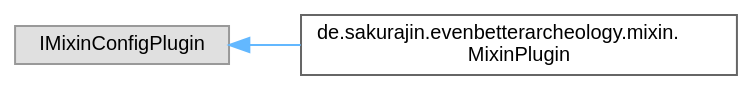
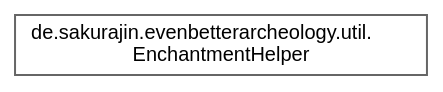
Before and after one commit to noah1510/EvenBetterArcheology: the diagram in inherit_graph_29.dot, drawn with Graphviz. The commit also changed 197 other files, not shown here.

```diff
--- a/inherit_graph_29.dot
+++ b/inherit_graph_29.dot
@@ -1,11 +1,9 @@
 digraph "Graphical Class Hierarchy"
 {
  // LATEX_PDF_SIZE
   bgcolor="transparent";
   edge [fontname=Helvetica,fontsize=10,labelfontname=Helvetica,labelfontsize=10];
   node [fontname=Helvetica,fontsize=10,shape=box,height=0.2,width=0.4];
   rankdir="LR";
-  Node0 [label="IMixinConfigPlugin",height=0.2,width=0.4,color="grey60", fillcolor="#E0E0E0", style="filled",tooltip=" "];
-  Node0 -> Node1 [dir="back",color="steelblue1",style="solid"];
-  Node1 [label="de.sakurajin.evenbetterarcheology.mixin.\lMixinPlugin",height=0.2,width=0.4,color="grey40", fillcolor="white", style="filled",URL="$classde_1_1sakurajin_1_1evenbetterarcheology_1_1mixin_1_1MixinPlugin.html",tooltip=" "];
+  Node0 [label="de.sakurajin.evenbetterarcheology.util.\lEnchantmentHelper",height=0.2,width=0.4,color="grey40", fillcolor="white", style="filled",URL="$classde_1_1sakurajin_1_1evenbetterarcheology_1_1util_1_1EnchantmentHelper.html",tooltip=" "];
 }
```
